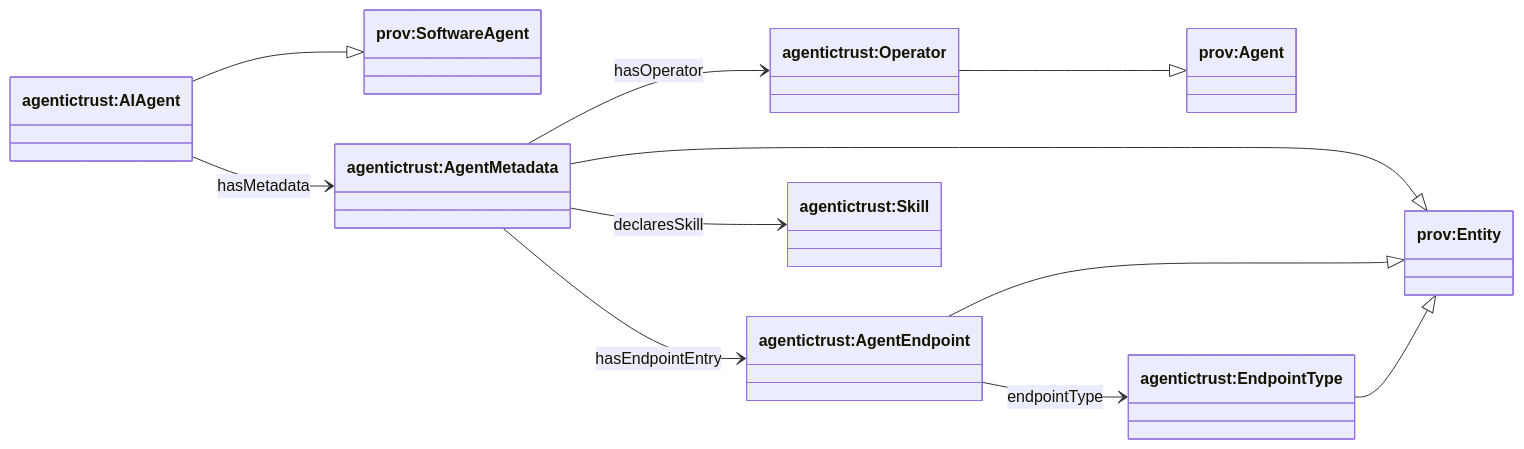
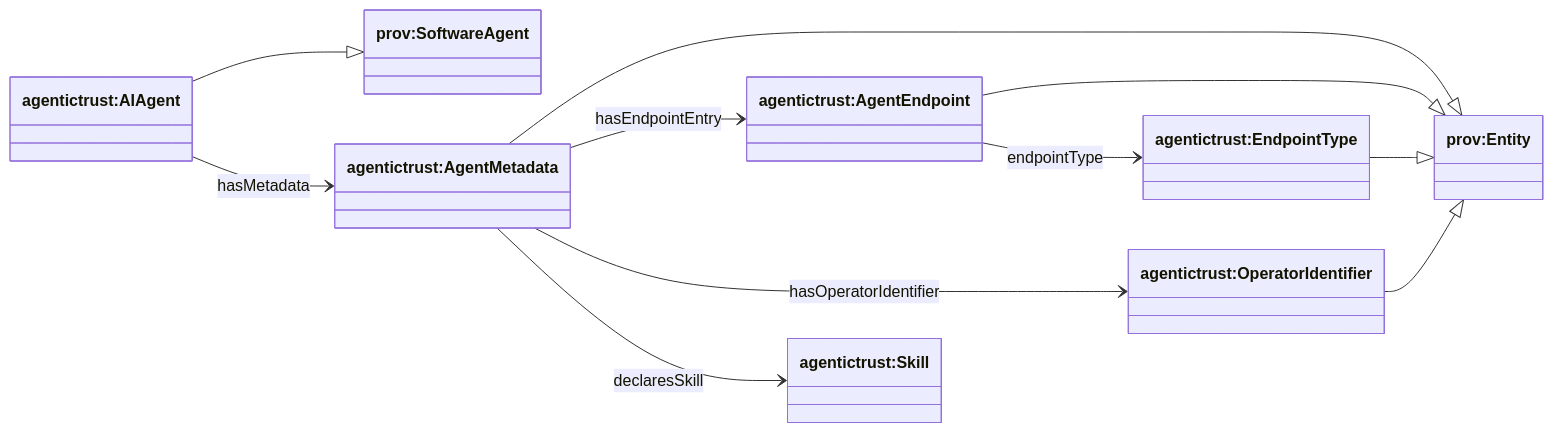
Before and after one commit to Agentic-Trust-Layer/agent-explorer: the second of 2 diagrams in docs/ontology/agentictrust-overview.md, drawn with Mermaid. The commit also changed other lines of this file and 47 other files, not shown here.

````diff
--- a/docs/ontology/agentictrust-overview.md
+++ b/docs/ontology/agentictrust-overview.md
@@ -84,27 +84,26 @@
 ```mermaid
 classDiagram
 direction LR
 
 class provSoftwareAgent["prov:SoftwareAgent"]
 class provEntity["prov:Entity"]
-class provAgent["prov:Agent"]
 
 class AIAgent["agentictrust:AIAgent"]
 class AgentMetadata["agentictrust:AgentMetadata"]
 class AgentEndpoint["agentictrust:AgentEndpoint"]
-class Operator["agentictrust:Operator"]
+class OperatorIdentifier["agentictrust:OperatorIdentifier"]
 class EndpointType["agentictrust:EndpointType"]
 
 AIAgent --|> provSoftwareAgent
 AgentMetadata --|> provEntity
 AgentEndpoint --|> provEntity
-Operator --|> provAgent
+OperatorIdentifier --|> provEntity
 EndpointType --|> provEntity
 
 AIAgent --> AgentMetadata : hasMetadata
 AgentMetadata --> AgentEndpoint : hasEndpointEntry
 AgentEndpoint --> EndpointType : endpointType
-AgentMetadata --> Operator : hasOperator
+AgentMetadata --> OperatorIdentifier : hasOperatorIdentifier
 AgentMetadata --> Skill : declaresSkill
 class Skill["agentictrust:Skill"]
 ```
````
